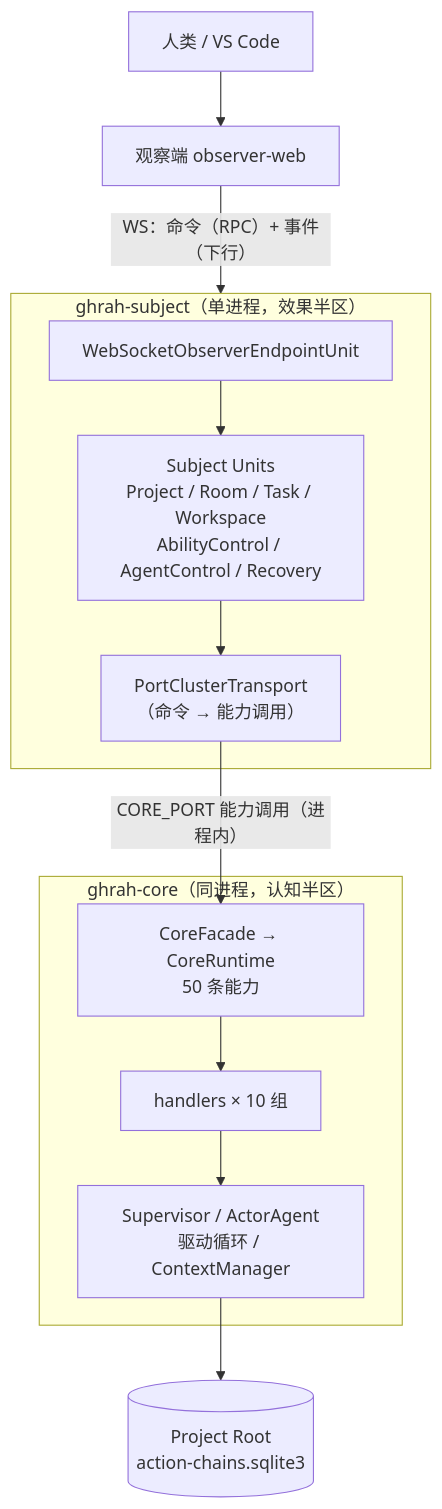
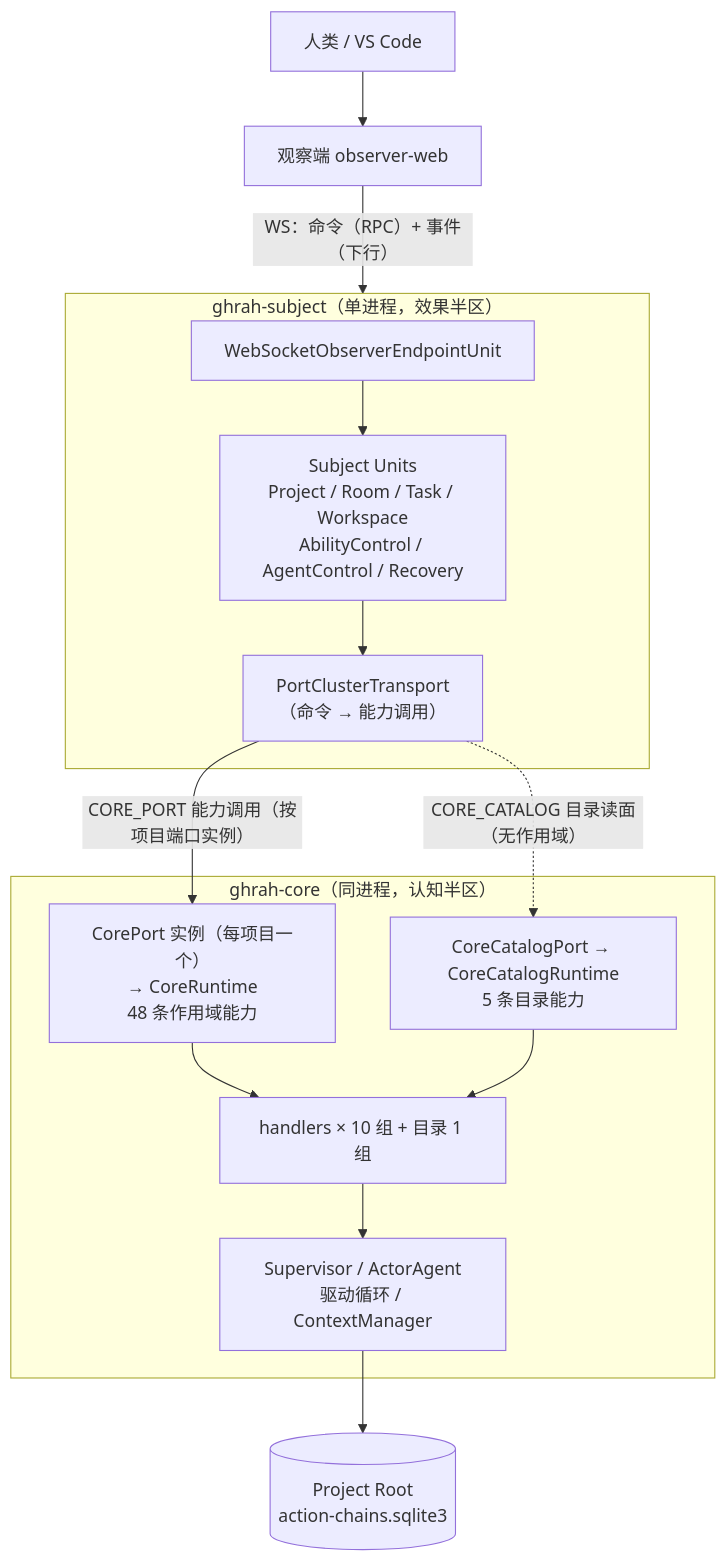
One commit to ghrah-org/ghrah-monorepo changed the first of 9 diagrams in docs/ARCHITECTURE.md. Above: the diagram before and after it, drawn with Mermaid. The commit also changed other lines of this file and 2 other files, not shown here.

First line of the commit message:
docs: Core 适配 C3 实施记录——端口作用域语义与语义基线收紧（C3-3）

````diff
--- a/docs/ARCHITECTURE.md
+++ b/docs/ARCHITECTURE.md
@@ -67,25 +67,28 @@
 ```mermaid
 graph TB
     Human["人类 / VS Code"] --> WEB["观察端 observer-web"]
     WEB -->|"WS：命令（RPC）+ 事件（下行）"| SUBJ
 
     subgraph SUBJ["ghrah-subject（单进程，效果半区）"]
         WSEnd["WebSocketObserverEndpointUnit"]
         Units["Subject Units<br/>Project / Room / Task / Workspace<br/>AbilityControl / AgentControl / Recovery"]
         XPort["PortClusterTransport<br/>（命令 → 能力调用）"]
         WSEnd --> Units
         Units --> XPort
     end
 
-    XPort -->|"CORE_PORT 能力调用（进程内）"| FACADE
+    XPort -->|"CORE_PORT 能力调用（按项目端口实例）"| FACADE
+    XPort -.->|"CORE_CATALOG 目录读面（无作用域）"| CATALOG
 
     subgraph CORE["ghrah-core（同进程，认知半区）"]
-        FACADE["CoreFacade → CoreRuntime<br/>50 条能力"]
-        H["handlers × 10 组"]
+        FACADE["CorePort 实例（每项目一个）<br/>→ CoreRuntime<br/>48 条作用域能力"]
+        CATALOG["CoreCatalogPort → CoreCatalogRuntime<br/>5 条目录能力"]
+        H["handlers × 10 组 + 目录 1 组"]
         AG["Supervisor / ActorAgent<br/>驱动循环 / ContextManager"]
         FACADE --> H
+        CATALOG --> H
         H --> AG
     end
 
     AG --> DB[("Project Root<br/>action-chains.sqlite3")]
 ```
````
